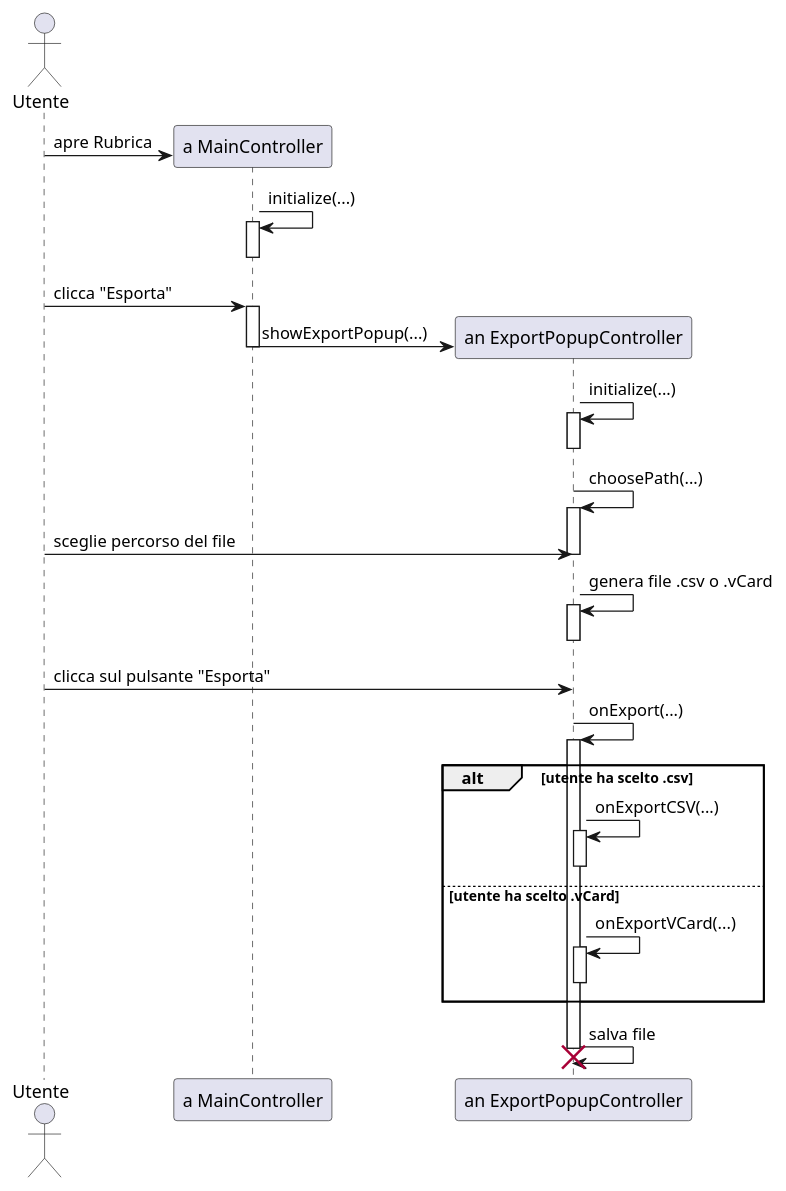
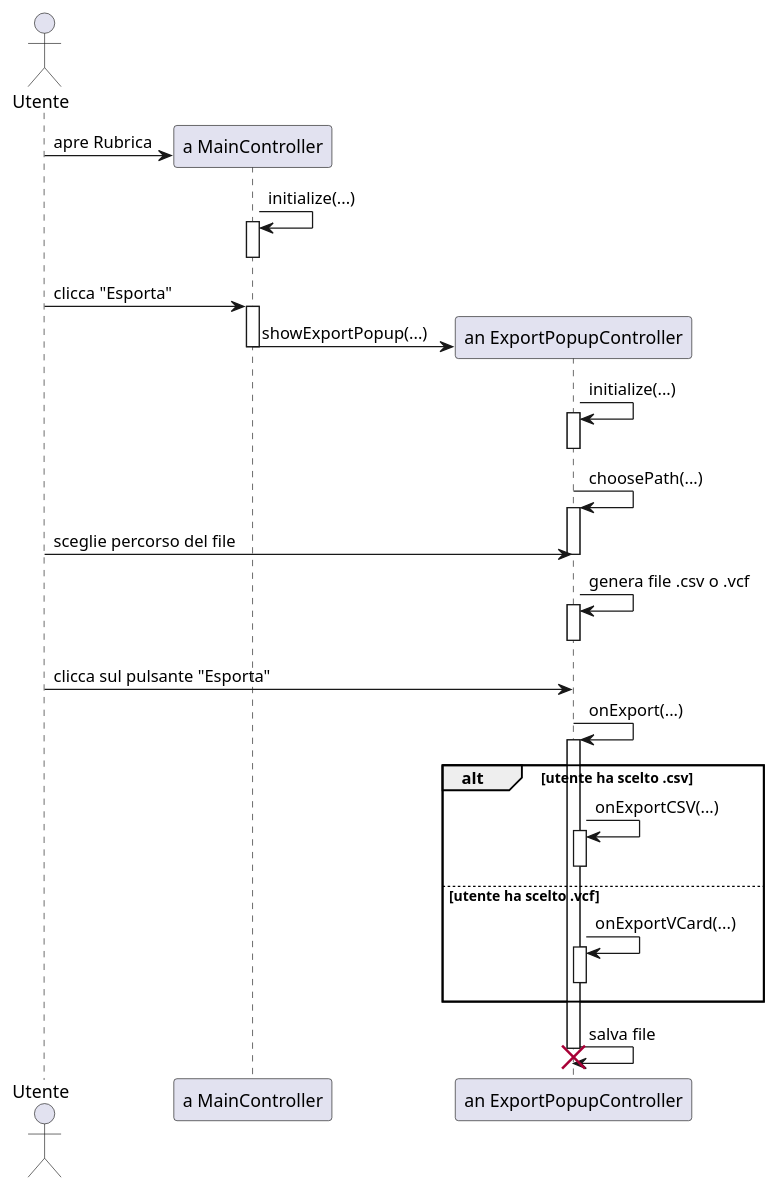
The diagram in documenti/diagrammi di sequenza/puml/diagrammaSequenzaC6EsportareRubrica.puml (savaava/ProgettoRubrica), drawn with PlantUML before and after one commit. The commit also changed 6 other files, not shown here.

```diff
--- a/documenti/diagrammi di sequenza/puml/diagrammaSequenzaC6EsportareRubrica.puml
+++ b/documenti/diagrammi di sequenza/puml/diagrammaSequenzaC6EsportareRubrica.puml
@@ -1,39 +1,39 @@
 @startuml EsportareRubrica
 actor Utente
 participant "a MainController" as MC
 participant "an ExportPopupController" as EPC
 
 Utente -> MC ** : apre Rubrica
 MC -> MC : initialize(...)
 activate MC
 deactivate MC
 Utente -> MC : clicca "Esporta"
 activate MC
 MC -> EPC ** : showExportPopup(...)
 deactivate MC
 EPC -> EPC : initialize(...)
 activate EPC
 deactivate EPC
 EPC -> EPC : choosePath(...)
 activate EPC
 Utente -> EPC : sceglie percorso del file
 deactivate EPC
-EPC -> EPC : genera file .csv o .vCard
+EPC -> EPC : genera file .csv o .vcf
 activate EPC
 deactivate EPC
 Utente -> EPC : clicca sul pulsante "Esporta"
 EPC -> EPC : onExport(...)
 activate EPC
 alt utente ha scelto .csv
 EPC -> EPC : onExportCSV(...)
 activate EPC
 deactivate EPC
-else utente ha scelto .vCard
+else utente ha scelto .vcf
 EPC -> EPC : onExportVCard(...)
 activate EPC
 deactivate EPC
 end
 EPC -> EPC : salva file
 destroy EPC
 deactivate EPC
 @enduml
```
